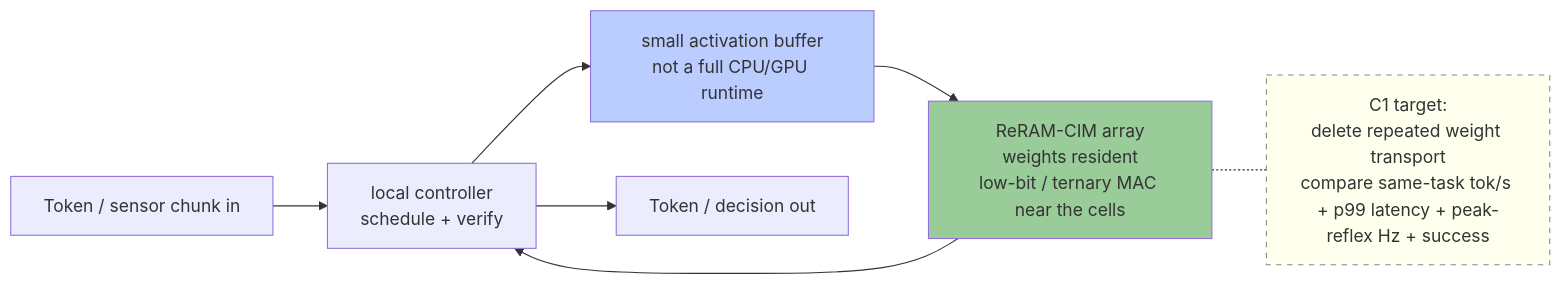
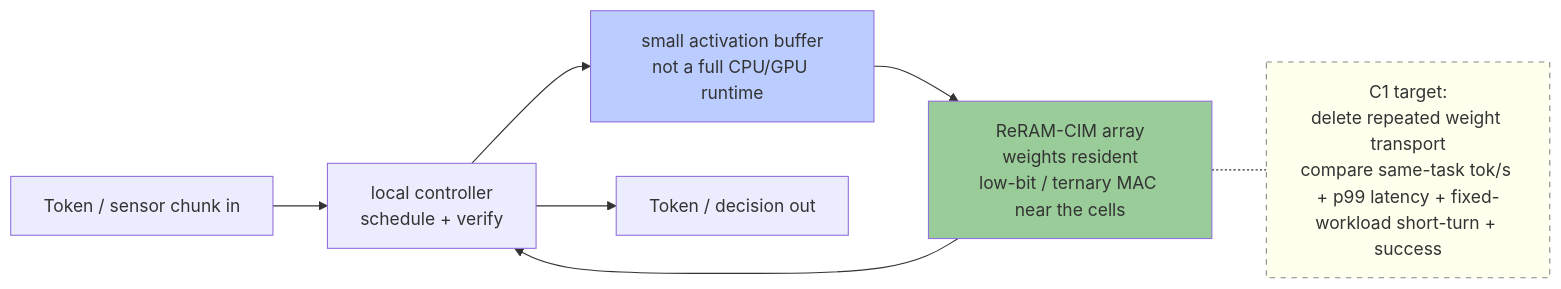
One commit to michaelhuo2030/millisecond-era changed the fifth of 5 diagrams in README.md. Above: the diagram before and after it, drawn with Mermaid. The commit also changed other lines of this file and 8 other files, not shown here.

````diff
--- a/README.md
+++ b/README.md
@@ -315,12 +328,12 @@
 ```mermaid
 flowchart LR
     T1[Token / sensor chunk in] --> CTRL["local controller<br/>schedule + verify"]
     CTRL --> ACT["small activation buffer<br/>not a full CPU/GPU runtime"]
     ACT --> CIM["ReRAM-CIM array<br/>weights resident<br/>low-bit / ternary MAC near the cells"]
     CIM --> CTRL
     CTRL --> T2[Token / decision out]
-    CIM -.- TOTAL["C1 target:<br/>delete repeated weight transport<br/>compare same-task tok/s + p99 latency + peak-reflex Hz + success"]
+    CIM -.- TOTAL["C1 target:<br/>delete repeated weight transport<br/>compare same-task tok/s + p99 latency + fixed-workload short-turn + success"]
     style CIM fill:#9c9
     style ACT fill:#bcf
     style TOTAL fill:#ffe,stroke:#888,stroke-dasharray: 5 5
 ```
````
